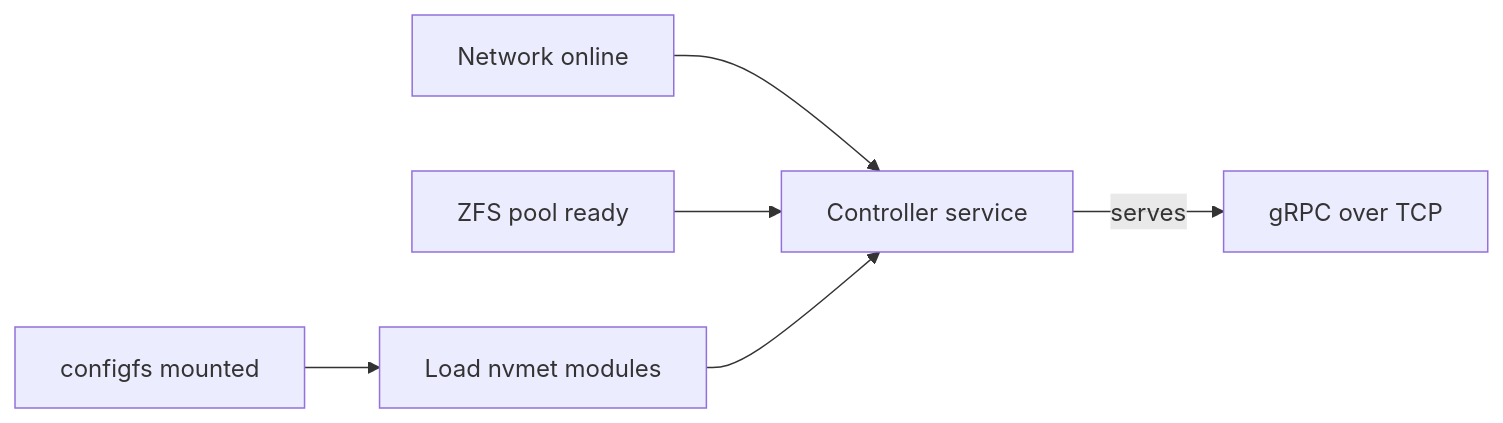
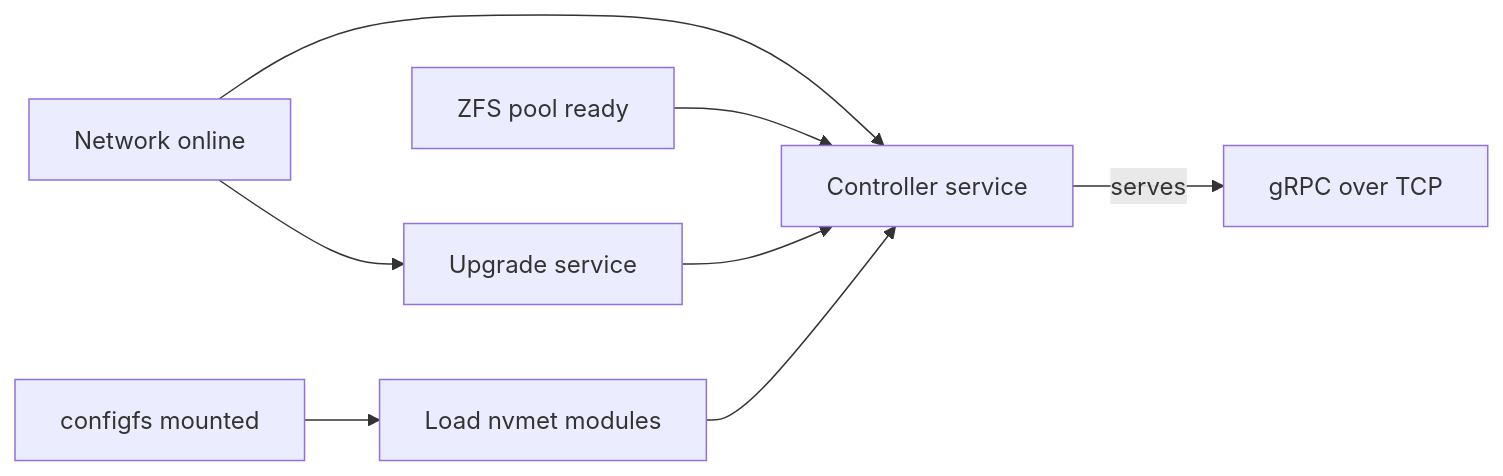
One commit to timpa0130/nvmeof-csi changed the third of 3 diagrams in design/deployment.md. Above: the diagram before and after it, drawn with Mermaid. The commit also changed other lines of this file and 3 other files, not shown here.

First line of the commit message:
feat: add upgrade service to download the controller binary at boot

````diff
--- a/design/deployment.md
+++ b/design/deployment.md
@@ -74,8 +76,10 @@
 ```mermaid
 flowchart LR
     NET["Network online"] --> SVC["Controller service"]
     ZFS["ZFS pool ready"] --> SVC
+    NET --> UPD["Upgrade service"]
+    UPD --> SVC
     CFG["configfs mounted"] --> MOD["Load nvmet modules"]
     MOD --> SVC
     SVC -->|"serves"| GRPC["gRPC over TCP"]
 ```
````
